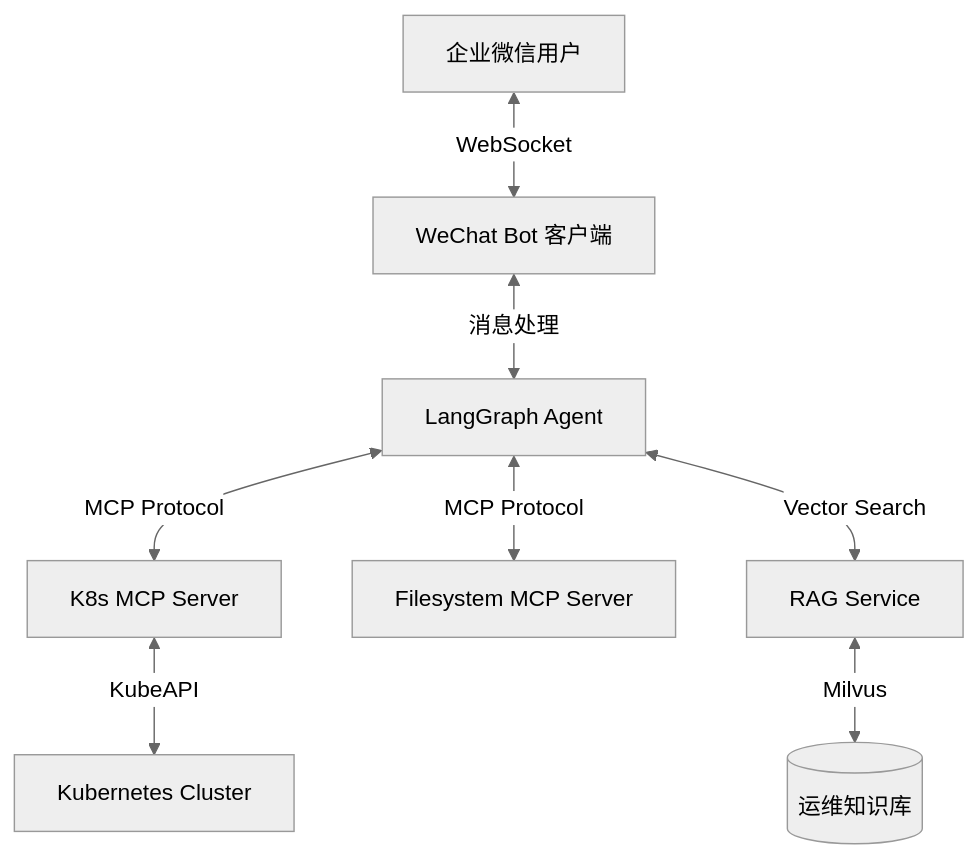
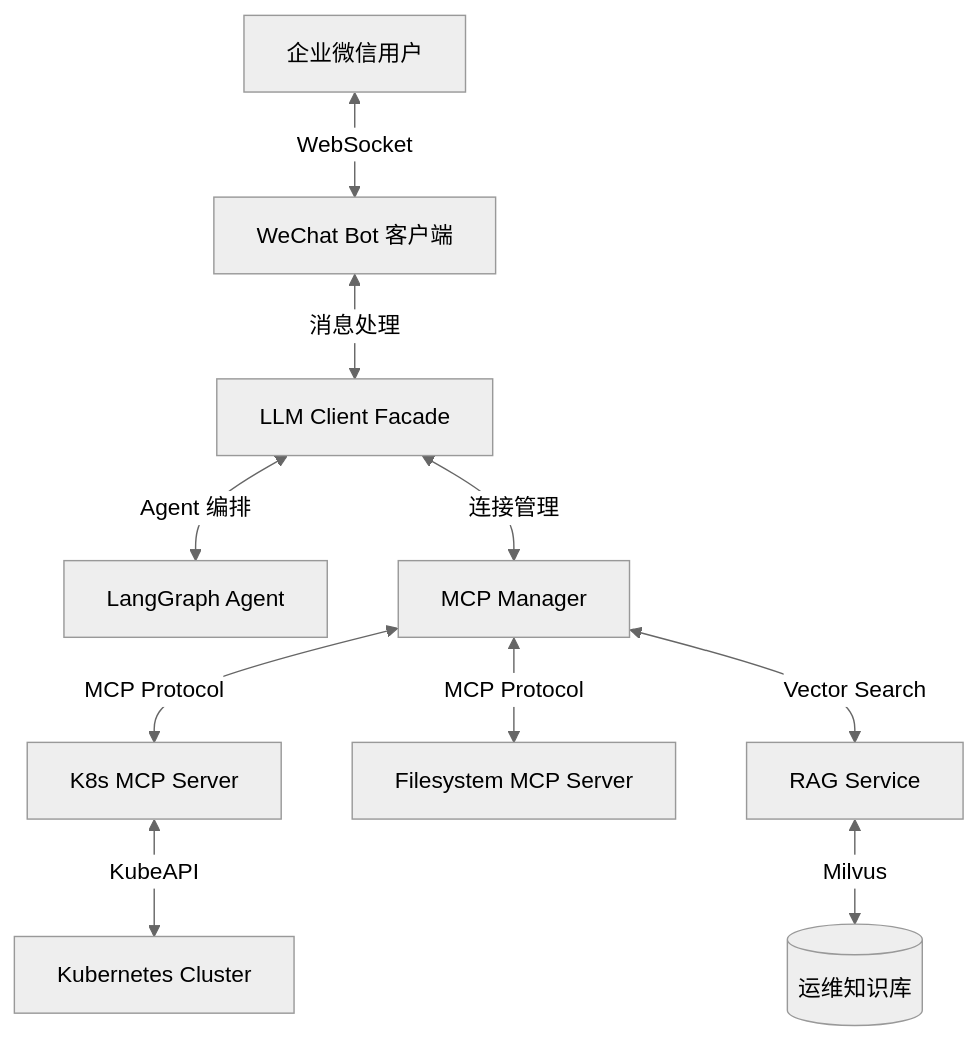
Before and after one commit to xiong3731/chat2k8s: the diagram in README.md, drawn with Mermaid (neutral theme). The commit also changed other lines of this file and 9 other files, not shown here.

````diff
--- a/README.md
+++ b/README.md
@@ -26,10 +26,12 @@
 ```mermaid
 graph TD
     User[企业微信用户] <-->|WebSocket| Bot[WeChat Bot 客户端]
-    Bot <-->|消息处理| Agent[LangGraph Agent]
-    Agent <-->|MCP Protocol| K8sServer[K8s MCP Server]
-    Agent <-->|MCP Protocol| FSServer[Filesystem MCP Server]
-    Agent <-->|Vector Search| RAG[RAG Service]
+    Bot <-->|消息处理| Client[LLM Client Facade]
+    Client <-->|Agent 编排| Agent[LangGraph Agent]
+    Client <-->|连接管理| MCP[MCP Manager]
+    MCP <-->|MCP Protocol| K8sServer[K8s MCP Server]
+    MCP <-->|MCP Protocol| FSServer[Filesystem MCP Server]
+    MCP <-->|Vector Search| RAG[RAG Service]
     K8sServer <-->|KubeAPI| Cluster[Kubernetes Cluster]
     RAG <-->|Milvus| DB[(运维知识库)]
 ```
````
